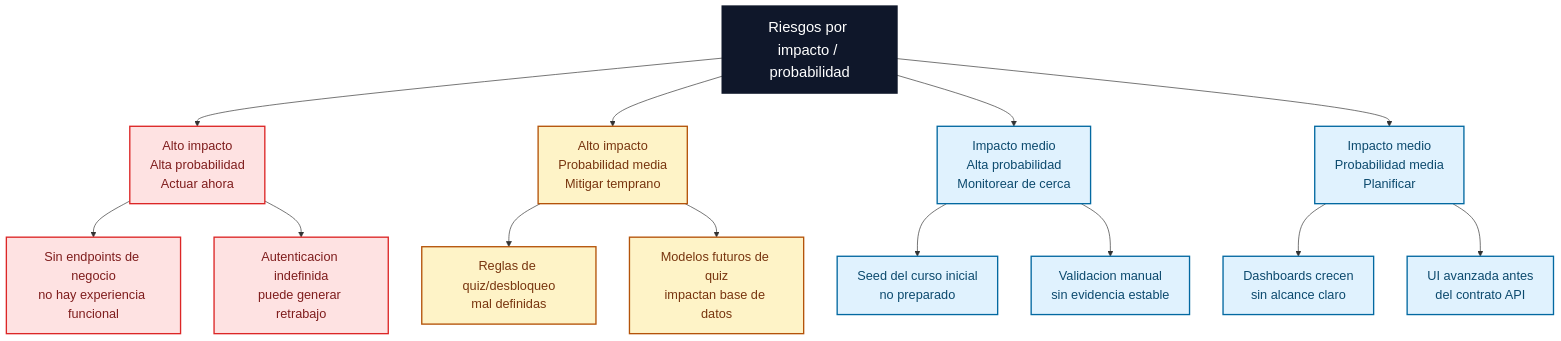
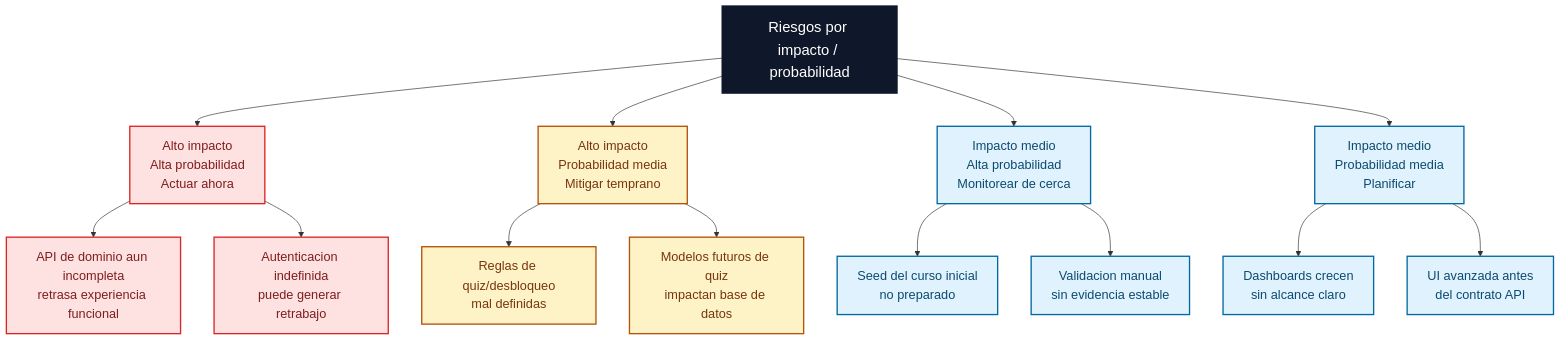
One commit to fcamusr/portafolio-e-learning-teologia changed the second of 3 diagrams in docs/risks/DIAGRAMS.md. Above: the diagram before and after it, drawn with Mermaid. The commit also changed other lines of this file and 34 other files, not shown here.

````diff
--- a/docs/risks/DIAGRAMS.md
+++ b/docs/risks/DIAGRAMS.md
@@ -62,33 +62,33 @@
 ```mermaid
 %%{init: {"themeVariables": {"fontSize": "19px", "fontFamily": "Arial"}}}%%
 flowchart TD
   Matrix["Riesgos por impacto / probabilidad"]
 
   Matrix --> HH["Alto impacto<br/>Alta probabilidad<br/>Actuar ahora"]
   Matrix --> HM["Alto impacto<br/>Probabilidad media<br/>Mitigar temprano"]
   Matrix --> MH["Impacto medio<br/>Alta probabilidad<br/>Monitorear de cerca"]
   Matrix --> MM["Impacto medio<br/>Probabilidad media<br/>Planificar"]
 
-  HH --> R1["Sin endpoints de negocio<br/>no hay experiencia funcional"]
+  HH --> R1["API de dominio aun incompleta<br/>retrasa experiencia funcional"]
   HH --> R2["Autenticacion indefinida<br/>puede generar retrabajo"]
 
   HM --> R3["Reglas de quiz/desbloqueo<br/>mal definidas"]
   HM --> R4["Modelos futuros de quiz<br/>impactan base de datos"]
 
   MH --> R5["Seed del curso inicial<br/>no preparado"]
   MH --> R6["Validacion manual<br/>sin evidencia estable"]
 
   MM --> R7["Dashboards crecen<br/>sin alcance claro"]
   MM --> R8["UI avanzada antes<br/>del contrato API"]
 
   classDef root fill:#0f172a,stroke:#0f172a,color:#ffffff,font-size:22px,stroke-width:3px
   classDef urgent fill:#fee2e2,stroke:#dc2626,color:#7f1d1d,font-size:19px,stroke-width:2px
   classDef early fill:#fef3c7,stroke:#b45309,color:#78350f,font-size:19px,stroke-width:2px
   classDef watch fill:#e0f2fe,stroke:#0369a1,color:#0c4a6e,font-size:19px,stroke-width:2px
 
   class Matrix root
   class HH,R1,R2 urgent
   class HM,R3,R4 early
   class MH,R5,R6 watch
   class MM,R7,R8 watch
 ```
````
